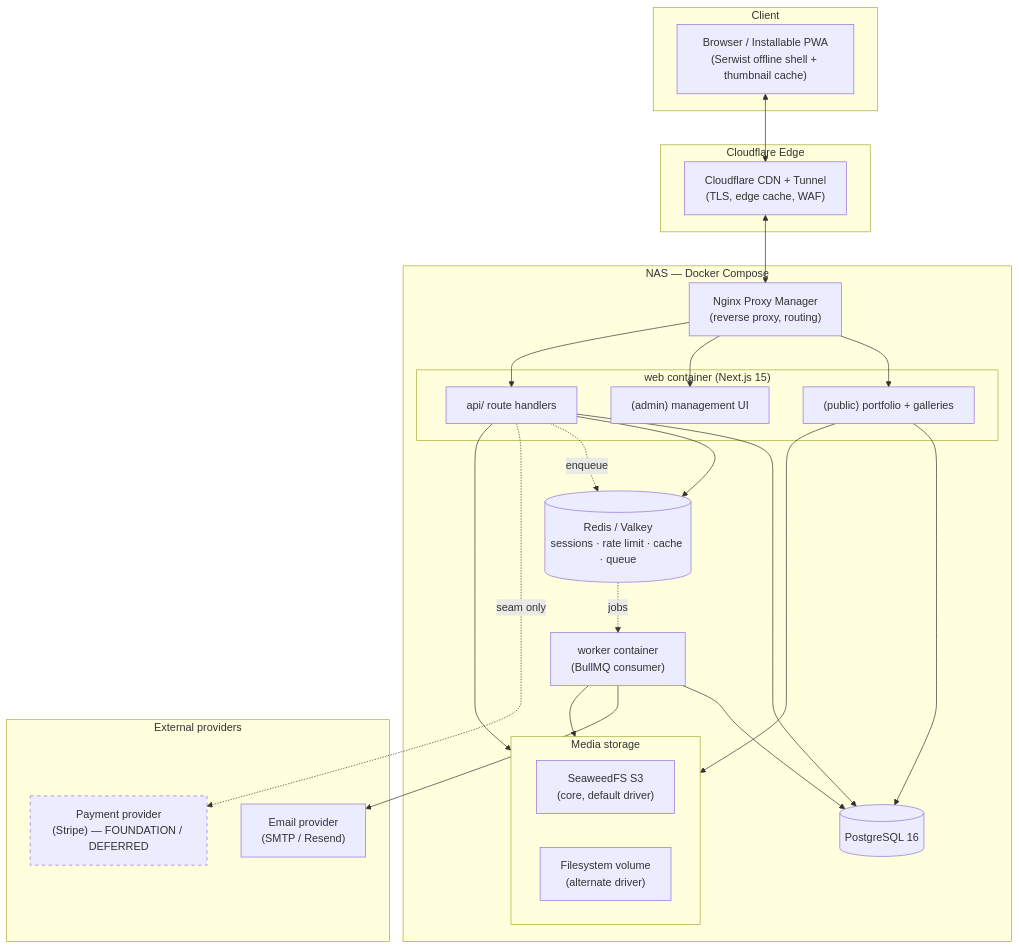
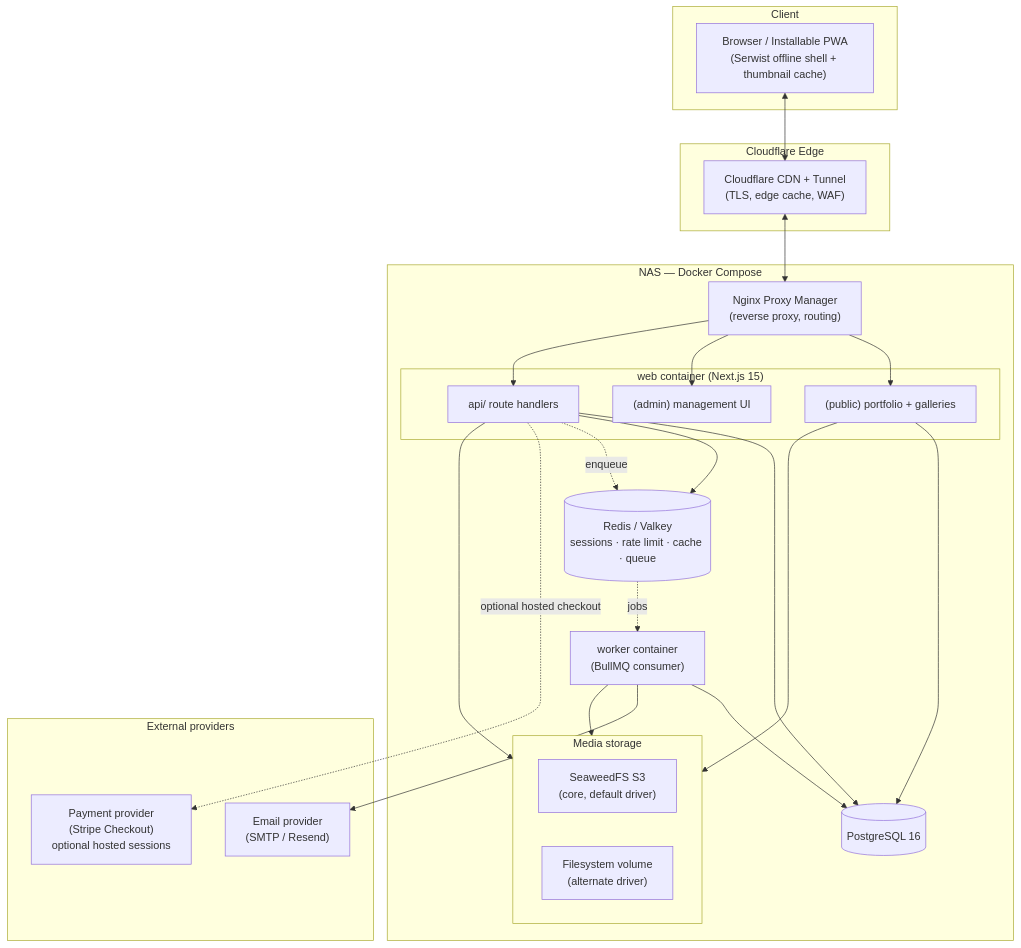
Before and after one commit to t0n003c/photography-platform: the first of 2 diagrams in docs/ARCHITECTURE.md, drawn with Mermaid. The commit also changed other lines of this file and 29 other files, not shown here.

Commit message:
Wire Stripe hosted checkout

````diff
--- a/docs/ARCHITECTURE.md
+++ b/docs/ARCHITECTURE.md
@@ -52,59 +52,57 @@
 ```mermaid
 flowchart TB
     subgraph client["Client"]
         B["Browser / Installable PWA<br/>(Serwist offline shell + thumbnail cache)"]
     end
 
     subgraph edge["Cloudflare Edge"]
         CF["Cloudflare CDN + Tunnel<br/>(TLS, edge cache, WAF)"]
     end
 
     subgraph nas["NAS — Docker Compose"]
         NPM["Nginx Proxy Manager<br/>(reverse proxy, routing)"]
 
         subgraph webproc["web container (Next.js 15)"]
             PUB["(public) portfolio + galleries"]
             ADM["(admin) management UI"]
             API["api/ route handlers"]
         end
 
         WK["worker container<br/>(BullMQ consumer)"]
 
         PG[("PostgreSQL 16")]
         RD[("Redis / Valkey<br/>sessions · rate limit · cache · queue")]
 
         subgraph store["Media storage"]
             MINIO["SeaweedFS S3<br/>(core, default driver)"]
             FS["Filesystem volume<br/>(alternate driver)"]
         end
     end
 
     subgraph external["External providers"]
         EMAIL["Email provider<br/>(SMTP / Resend)"]
-        PAY["Payment provider<br/>(Stripe) — FOUNDATION / DEFERRED"]
+        PAY["Payment provider<br/>(Stripe Checkout)<br/>optional hosted sessions"]
     end
 
     B <--> CF
     CF <--> NPM
     NPM --> PUB
     NPM --> ADM
     NPM --> API
 
     API --> PG
     API --> RD
     API --> store
     API -. enqueue .-> RD
 
     RD -. jobs .-> WK
     WK --> PG
     WK --> store
     WK --> EMAIL
 
-    API -. seam only .-> PAY
+    API -. optional hosted checkout .-> PAY
 
     PUB --> PG
     PUB --> store
 
-    classDef stub stroke-dasharray: 5 5;
-    class PAY stub;
 ```
````
